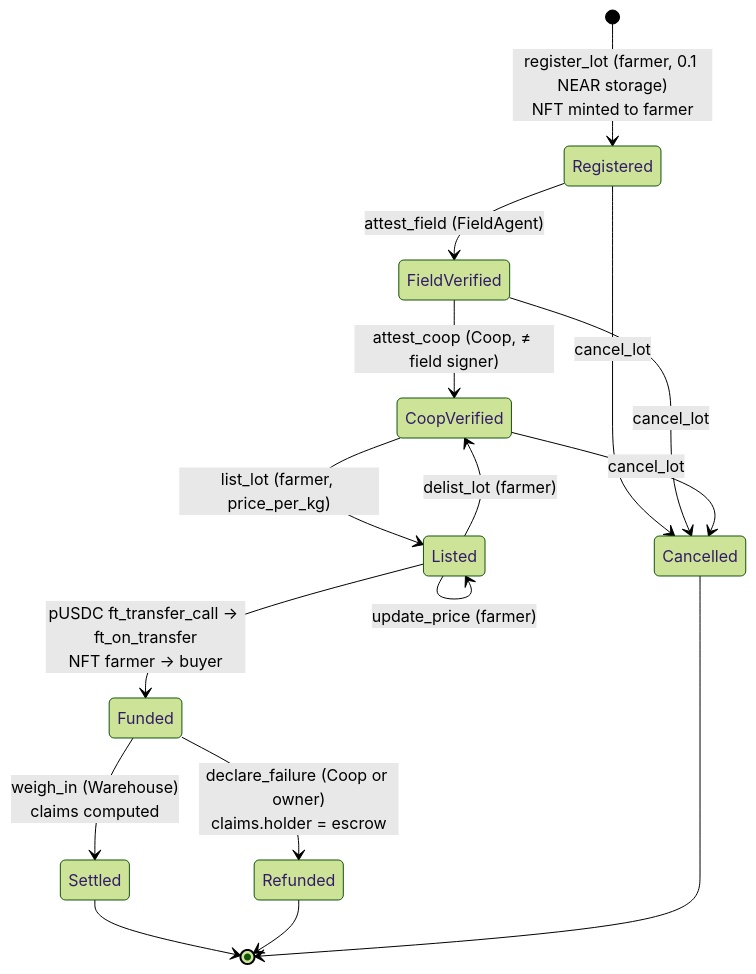
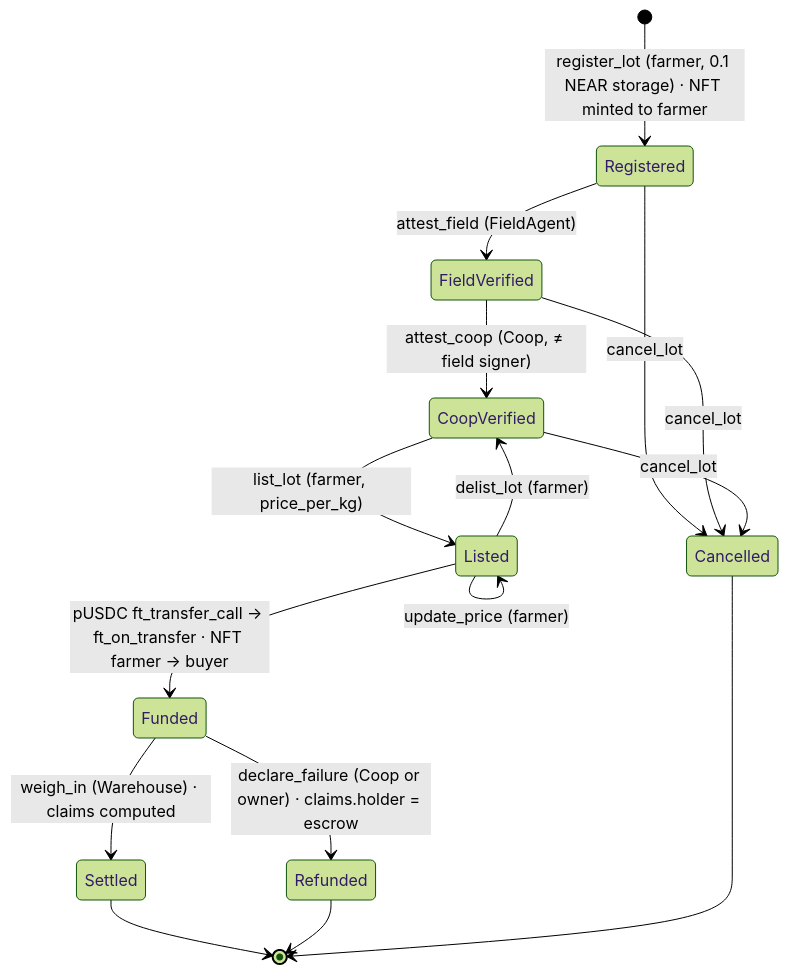
One commit to hellodanzr/pratala-near changed the second of 4 diagrams in docs/ARCHITECTURE.md. Above: the diagram before and after it, drawn with Mermaid (forest theme). The commit also changed other lines of this file, not shown here.

Commit message:
docs: architecture mermaid labels render on GitHub; clarify field-agent limit

````diff
--- a/docs/ARCHITECTURE.md
+++ b/docs/ARCHITECTURE.md
@@ -53,18 +53,18 @@
 ```mermaid
 stateDiagram-v2
-  [*] --> Registered: register_lot (farmer, 0.1 NEAR storage)<br/>NFT minted to farmer
+  [*] --> Registered: register_lot (farmer, 0.1 NEAR storage) · NFT minted to farmer
   Registered --> FieldVerified: attest_field (FieldAgent)
   FieldVerified --> CoopVerified: attest_coop (Coop, ≠ field signer)
   CoopVerified --> Listed: list_lot (farmer, price_per_kg)
   Listed --> CoopVerified: delist_lot (farmer)
   Listed --> Listed: update_price (farmer)
-  Listed --> Funded: pUSDC ft_transfer_call → ft_on_transfer<br/>NFT farmer → buyer
-  Funded --> Settled: weigh_in (Warehouse)<br/>claims computed
-  Funded --> Refunded: declare_failure (Coop or owner)<br/>claims.holder = escrow
+  Listed --> Funded: pUSDC ft_transfer_call → ft_on_transfer · NFT farmer → buyer
+  Funded --> Settled: weigh_in (Warehouse) · claims computed
+  Funded --> Refunded: declare_failure (Coop or owner) · claims.holder = escrow
   Registered --> Cancelled: cancel_lot
   FieldVerified --> Cancelled: cancel_lot
   CoopVerified --> Cancelled: cancel_lot
   Settled --> [*]
   Refunded --> [*]
   Cancelled --> [*]
 ```
````
